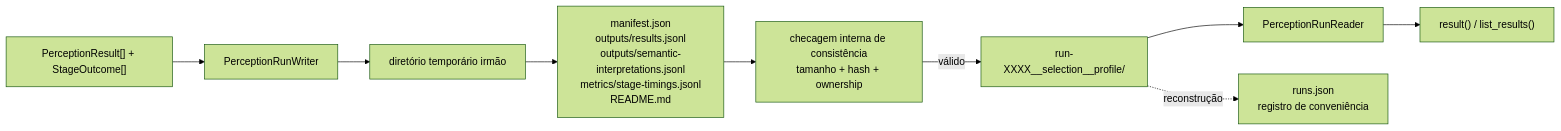
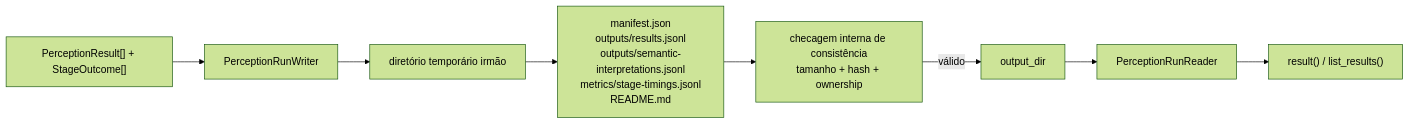
The diagram in src/contextmap/visual_perception/docs/run_artifact.md (Alexandre-Tortoza/contextmap2), drawn with Mermaid (forest theme) before and after one commit. The commit also changed other lines of this file and 10 other files, not shown here.

````diff
--- a/src/contextmap/visual_perception/docs/run_artifact.md
+++ b/src/contextmap/visual_perception/docs/run_artifact.md
@@ -39,11 +34,10 @@
 ```mermaid
 flowchart LR
     INPUT["PerceptionResult[] + StageOutcome[]"] --> WRITER["PerceptionRunWriter"]
     WRITER --> TMP["diretório temporário irmão"]
     TMP --> FILES["manifest.json<br/>outputs/results.jsonl<br/>outputs/semantic-interpretations.jsonl<br/>metrics/stage-timings.jsonl<br/>README.md"]
     FILES --> CHECK["checagem interna de consistência<br/>tamanho + hash + ownership"]
-    CHECK -->|válido| FINAL["run-XXXX__selection__profile/"]
+    CHECK -->|válido| FINAL["output_dir"]
     FINAL --> READER["PerceptionRunReader"]
-    FINAL -. reconstrução .-> REG["runs.json<br/>registro de conveniência"]
     READER --> RESULT["result() / list_results()"]
 ```
````
